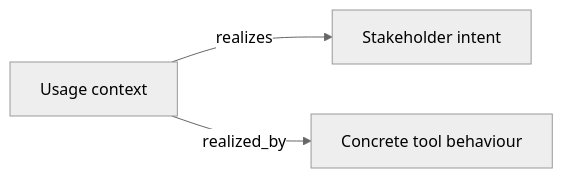
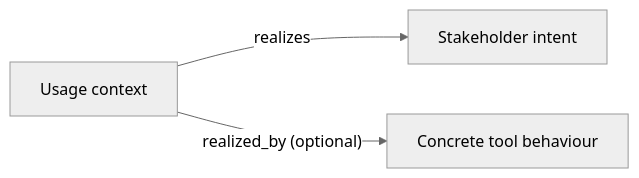
Before and after one commit to etas-contrib/score_docs-as-code: diagram 13 of 14 in docs/how-to/perform_tool_verification.md, drawn with Mermaid (neutral theme). The commit also changed other lines of this file and 11 other files, not shown here.

````diff
--- a/docs/how-to/perform_tool_verification.md
+++ b/docs/how-to/perform_tool_verification.md
@@ -1058,9 +1071,9 @@
 ```{mermaid}
 flowchart LR
     STKH["Stakeholder intent"]
     UC["Usage context"]
     TR["Concrete tool behaviour"]
 
     UC -->|"realizes"| STKH
-    UC -->|"realized_by"| TR
+    UC -->|"realized_by (optional)"| TR
 ```
````
